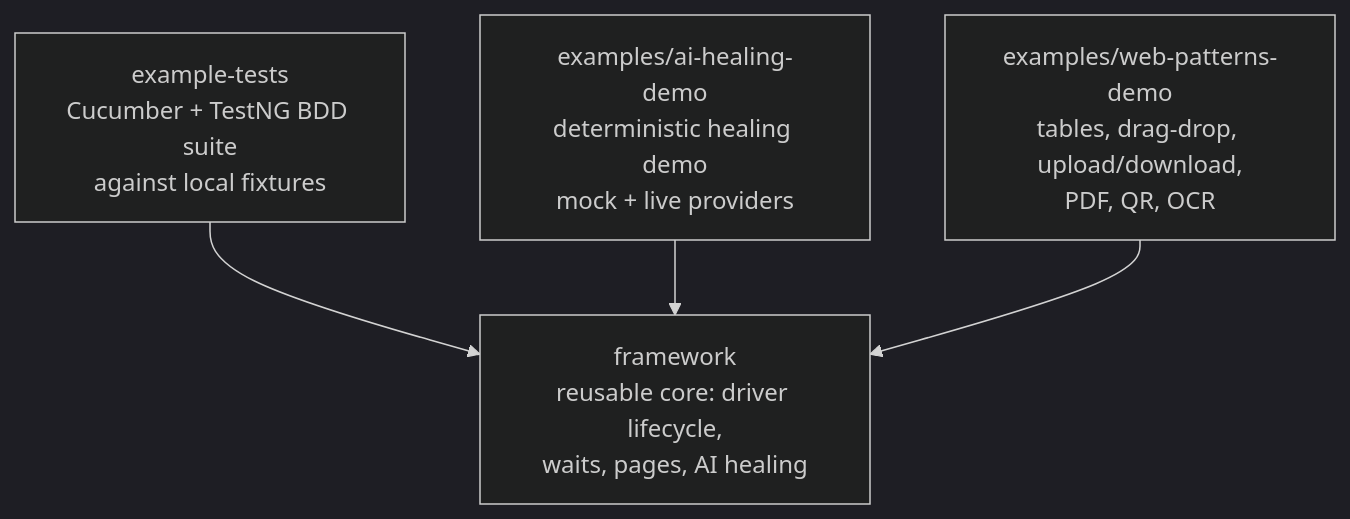
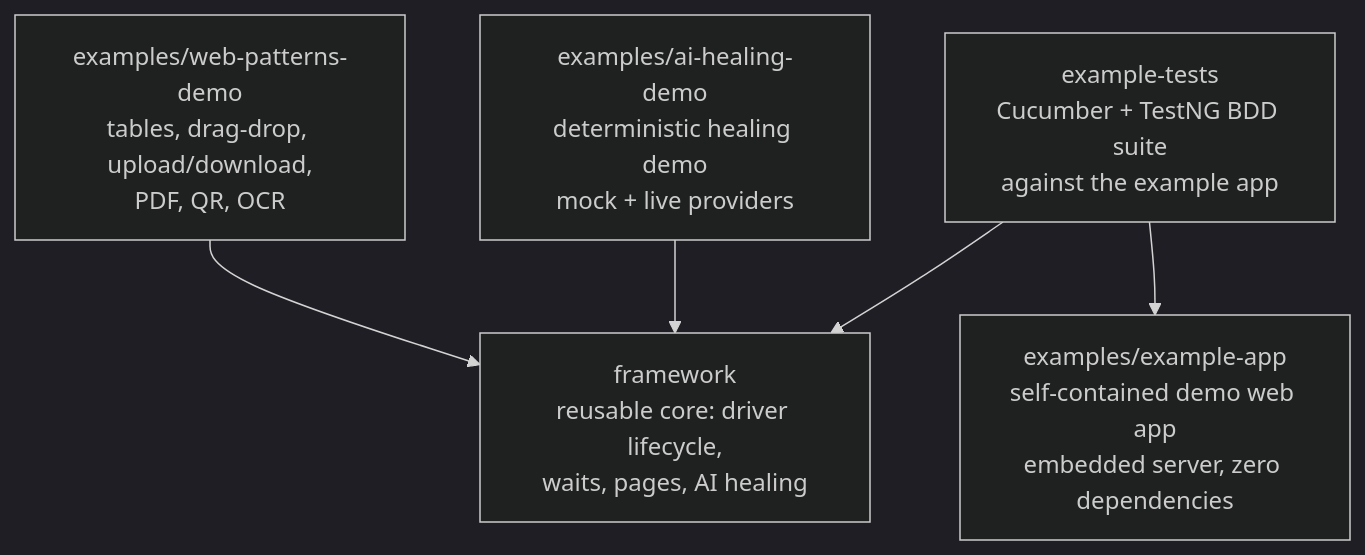
One commit to veeresh-bikkaneti/cucumberBDDParallel changed the first of 9 diagrams in docs/ARCHITECTURE.md. Above: the diagram before and after it, drawn with Mermaid (dark theme). The commit also changed other lines of this file and 43 other files, not shown here.

First line of the commit message:
Add self-contained example app + BDD examples for every framework capability

````diff
--- a/docs/ARCHITECTURE.md
+++ b/docs/ARCHITECTURE.md
@@ -13,11 +14,13 @@
 ```mermaid
 flowchart TD
     F[framework<br/>reusable core: driver lifecycle,<br/>waits, pages, AI healing]
-    E1[example-tests<br/>Cucumber + TestNG BDD suite<br/>against local fixtures]
+    E1[example-tests<br/>Cucumber + TestNG BDD suite<br/>against the example app]
     E2[examples/ai-healing-demo<br/>deterministic healing demo<br/>mock + live providers]
     E3[examples/web-patterns-demo<br/>tables, drag-drop, upload/download,<br/>PDF, QR, OCR]
+    E4[examples/example-app<br/>self-contained demo web app<br/>embedded server, zero dependencies]
 
     E1 --> F
+    E1 --> E4
     E2 --> F
     E3 --> F
 ```
````
